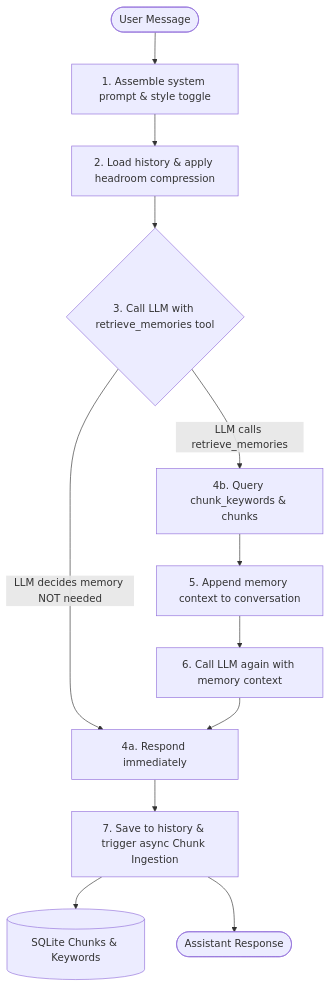
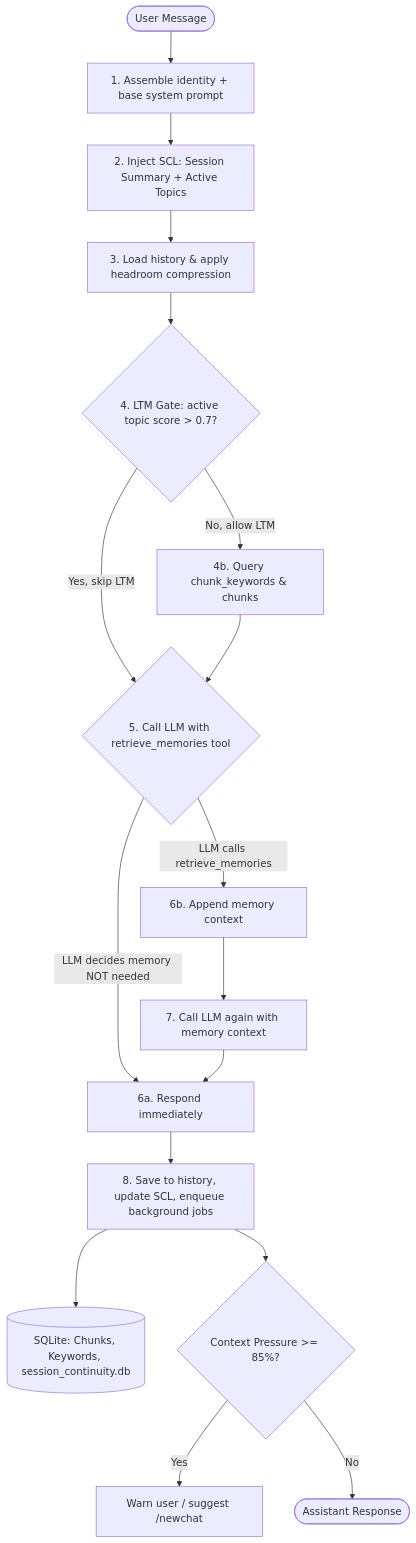
The diagram in README.md (vaughnNixon/Athena-v1), drawn with Mermaid before and after one commit. The commit also changed other lines of this file, not shown here.

Commit message:
docs: update README for v1.3 Session Continuity Layer

````diff
--- a/README.md
+++ b/README.md
@@ -37,17 +37,22 @@
 ```mermaid
 graph TD
-    User([User Message]) --> SystemPrompt[1. Assemble system prompt & style toggle]
-    SystemPrompt --> History[2. Load history & apply headroom compression]
-    History --> Route{3. Call LLM with retrieve_memories tool}
+    User([User Message]) --> SystemPrompt[1. Assemble identity + base system prompt]
+    SystemPrompt --> SCL[2. Inject SCL: Session Summary + Active Topics]
+    SCL --> History[3. Load history & apply headroom compression]
+    History --> LTMGate{4. LTM Gate: active topic score > 0.7?}
 
-    Route -- LLM decides memory NOT needed --> Response[4a. Respond immediately]
-    Route -- LLM calls retrieve_memories --> Retrieve[4b. Query chunk_keywords & chunks]
+    LTMGate -- Yes, skip LTM --> Route{5. Call LLM with retrieve_memories tool}
+    LTMGate -- No, allow LTM --> Retrieve[4b. Query chunk_keywords & chunks]
+    Retrieve --> Route
 
-    Retrieve --> ToolResponse[5. Append memory context to conversation]
-    ToolResponse --> FinalCall[6. Call LLM again with memory context]
+    Route -- LLM decides memory NOT needed --> Response[6a. Respond immediately]
+    Route -- LLM calls retrieve_memories --> MemCtx[6b. Append memory context]
+    MemCtx --> FinalCall[7. Call LLM again with memory context]
     FinalCall --> Response
 
-    Response --> Save[7. Save to history & trigger async Chunk Ingestion]
-    Save --> DB[(SQLite Chunks & Keywords)]
-    Save --> Out([Assistant Response])
+    Response --> Save[8. Save to history, update SCL, enqueue background jobs]
+    Save --> DB[(SQLite: Chunks, Keywords, session_continuity.db)]
+    Save --> PressureGauge{Context Pressure >= 85%?}
+    PressureGauge -- Yes --> Warn[Warn user / suggest /newchat]
+    PressureGauge -- No --> Out([Assistant Response])
 ```
````
